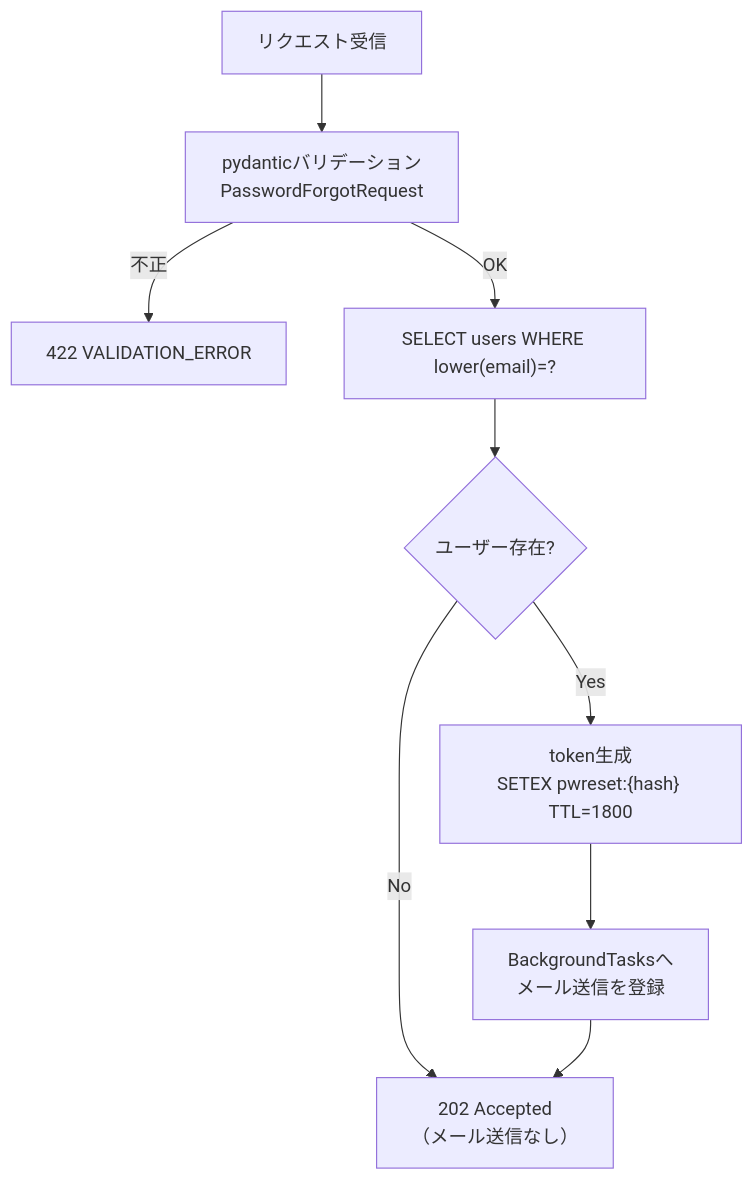
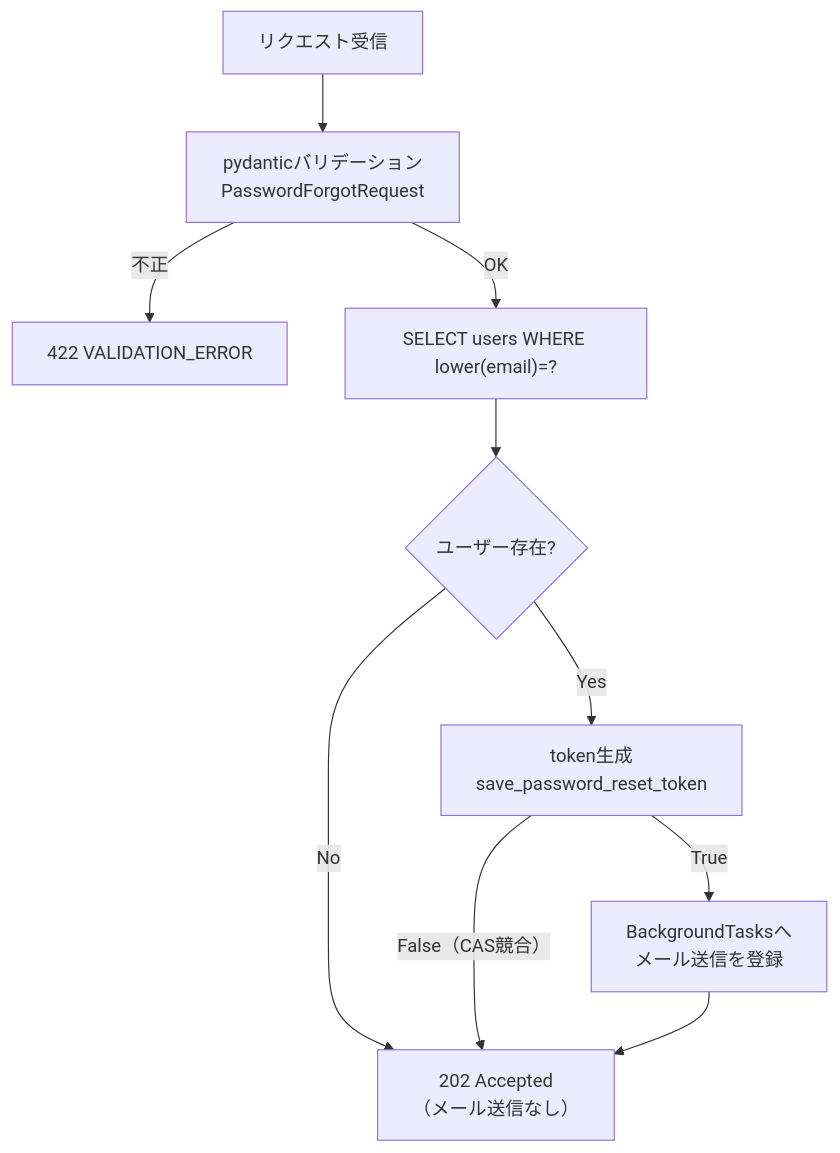
The second of 4 diagrams in docs/detailed_design/api/auth/09_post_auth_password_forgot.md (oikawa-d/task_management), drawn with Mermaid before and after one commit. The commit also changed other lines of this file and 65 other files, not shown here.

````diff
--- a/docs/detailed_design/api/auth/09_post_auth_password_forgot.md
+++ b/docs/detailed_design/api/auth/09_post_auth_password_forgot.md
@@ -110,11 +115,12 @@
 ```mermaid
 flowchart TB
     A["リクエスト受信"] --> B["pydanticバリデーション<br/>PasswordForgotRequest"]
     B -->|"不正"| E1["422 VALIDATION_ERROR"]
     B -->|"OK"| C["SELECT users WHERE lower(email)=?"]
     C --> D{"ユーザー存在?"}
     D -->|"No"| G["202 Accepted<br/>（メール送信なし）"]
-    D -->|"Yes"| F1["token生成<br/>SETEX pwreset:{hash} TTL=1800"]
-    F1 --> F2["BackgroundTasksへ<br/>メール送信を登録"]
+    D -->|"Yes"| F1["token生成<br/>save_password_reset_token"]
+    F1 -->|"True"| F2["BackgroundTasksへ<br/>メール送信を登録"]
+    F1 -->|"False（CAS競合）"| G
     F2 --> G
 ```
````
